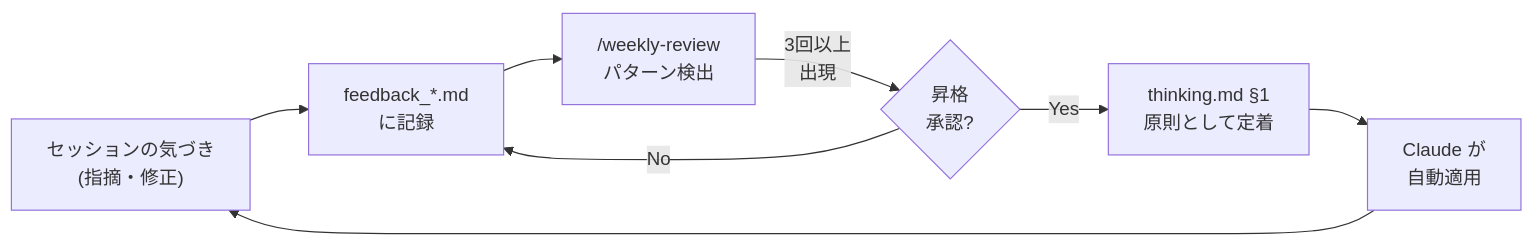
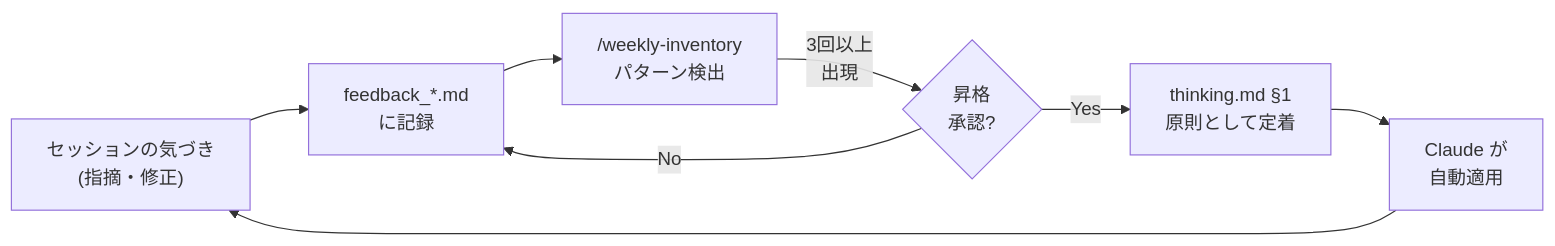
Before and after one commit to SideMountain/claude-code-sidekick: the first of 4 diagrams in README.ja.md, drawn with Mermaid. The commit also changed other lines of this file and 21 other files, not shown here.

First line of the commit message:
feat: リリース取り込み設計 P1+P2+P3 + /weekly-inventory rename (v0.6.0)

````diff
--- a/README.ja.md
+++ b/README.ja.md
@@ -191,10 +191,10 @@
 ```mermaid
 flowchart LR
     S["セッションの気づき<br/>(指摘・修正)"] --> F["feedback_*.md<br/>に記録"]
-    F --> P["/weekly-review<br/>パターン検出"]
+    F --> P["/weekly-inventory<br/>パターン検出"]
     P -->|"3回以上<br/>出現"| C{"昇格<br/>承認?"}
     C -->|"Yes"| T["thinking.md §1<br/>原則として定着"]
     C -->|"No"| F
     T --> A["Claude が<br/>自動適用"]
     A --> S
 ```
````
